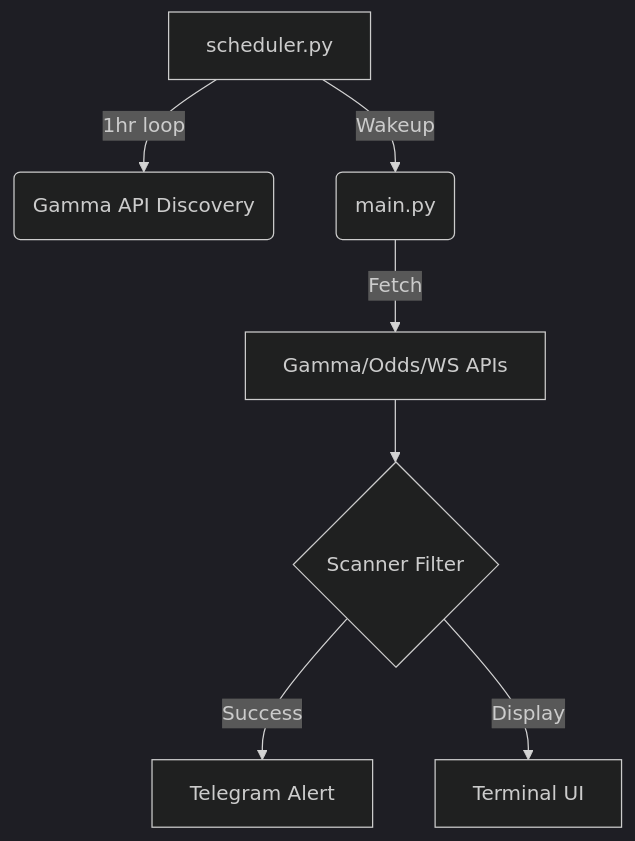
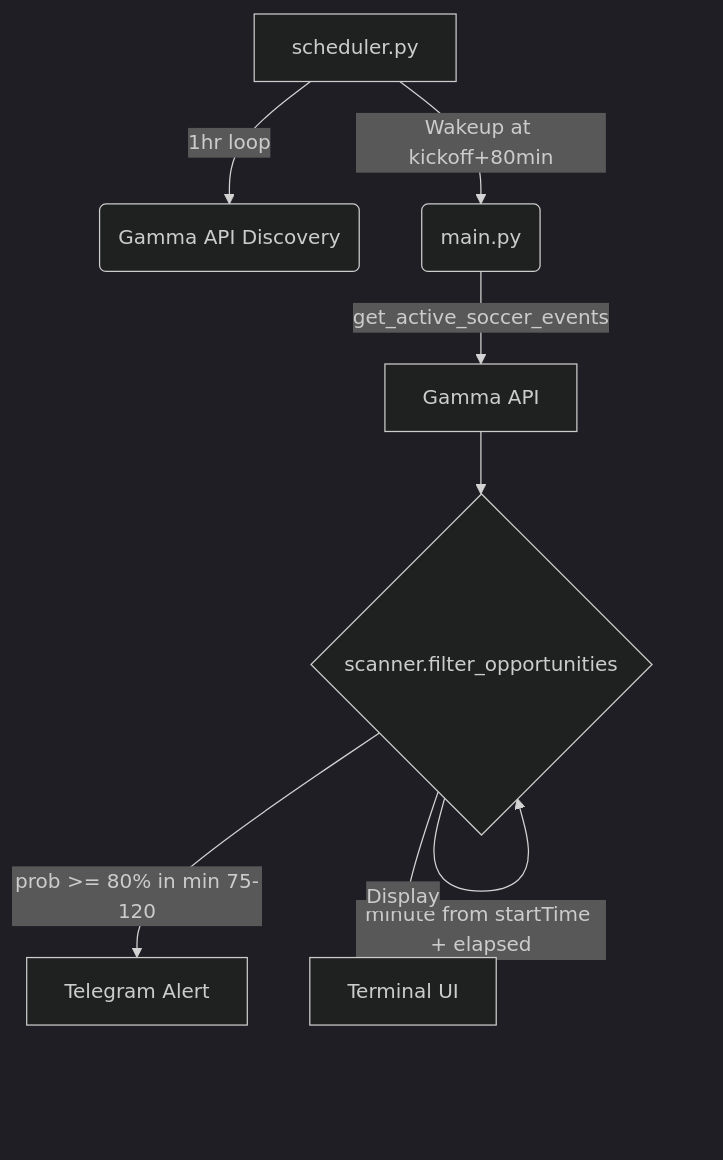
The first of 2 diagrams in implementation_plan.md (matheusgr76/Minutebid), drawn with Mermaid (dark theme) before and after one commit. The commit also changed other lines of this file and 1 other file, not shown here.

````diff
--- a/implementation_plan.md
+++ b/implementation_plan.md
@@ -100,9 +101,10 @@
 ```mermaid
 graph TD
     A[scheduler.py] -->|1hr loop| B(Gamma API Discovery)
-    A -->|Wakeup| C(main.py)
-    C -->|Fetch| D[Gamma/Odds/WS APIs]
-    D --> E{Scanner Filter}
-    E -->|Success| F[Telegram Alert]
+    A -->|Wakeup at kickoff+80min| C(main.py)
+    C -->|get_active_soccer_events| D[Gamma API]
+    D --> E{scanner.filter_opportunities}
+    E -->|minute from startTime + elapsed| E
+    E -->|prob >= 80% in min 75-120| F[Telegram Alert]
     E -->|Display| G[Terminal UI]
 ```
````
